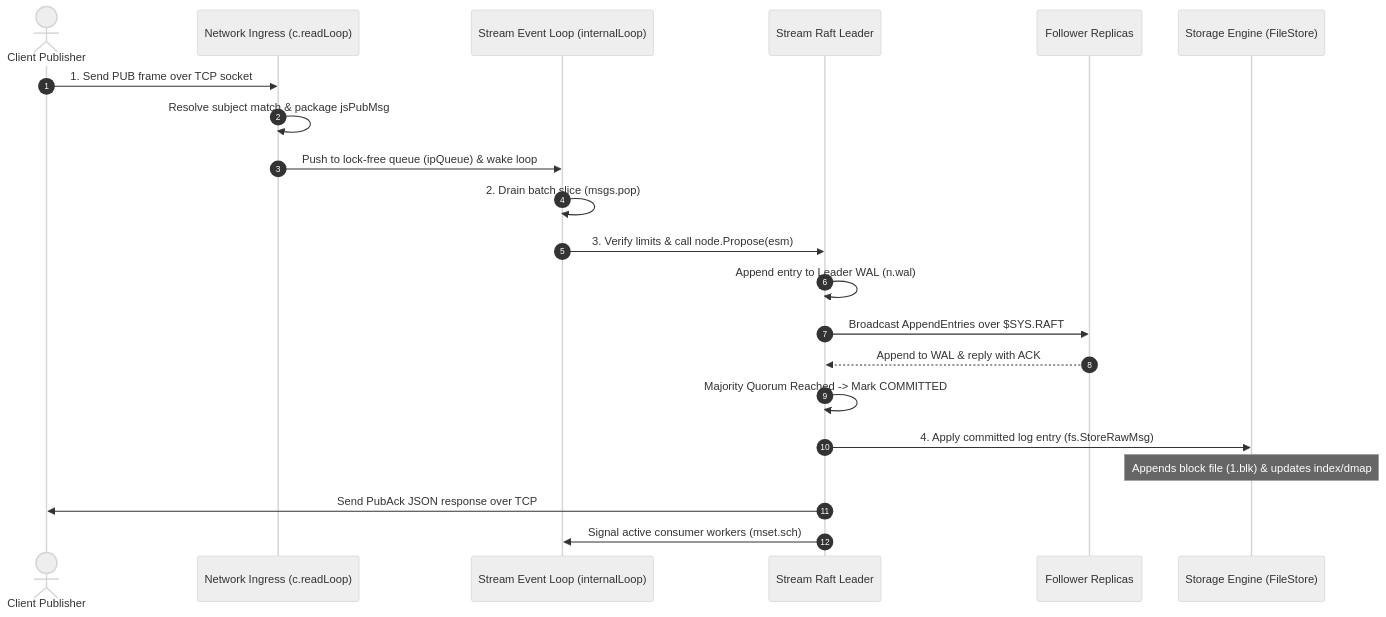
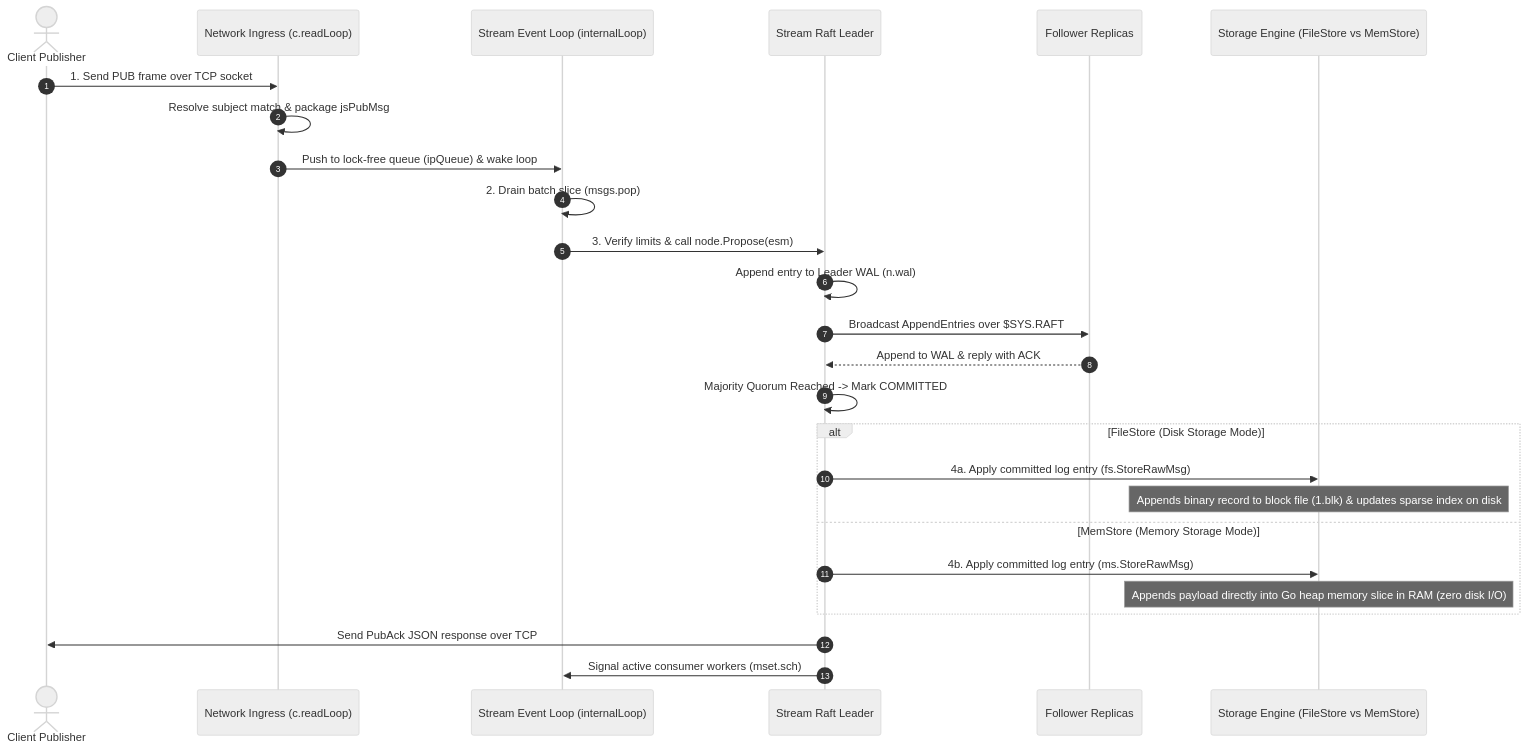
The diagram in supporting_documentation/streams/consistency/write.md (hemanthkumar2k19/nats-eval), drawn with Mermaid (neutral theme) before and after one commit. The commit also changed other lines of this file and 4 other files, not shown here.

Commit message:
docs: document FileStore and MemStore storage mode behaviors across cluster operations

````diff
--- a/supporting_documentation/streams/consistency/write.md
+++ b/supporting_documentation/streams/consistency/write.md
@@ -23,24 +23,31 @@
 ```mermaid
 sequenceDiagram
     autonumber
     actor Client as Client Publisher
     participant Ingress as Network Ingress (c.readLoop)
     participant StreamLoop as Stream Event Loop (internalLoop)
     participant Leader as Stream Raft Leader
     participant Followers as Follower Replicas
-    participant Storage as Storage Engine (FileStore)
+    participant Storage as Storage Engine (FileStore vs MemStore)
 
     Client->>Ingress: 1. Send PUB frame over TCP socket
     Ingress->>Ingress: Resolve subject match & package jsPubMsg
     Ingress->>StreamLoop: Push to lock-free queue (ipQueue) & wake loop
     StreamLoop->>StreamLoop: 2. Drain batch slice (msgs.pop)
     StreamLoop->>Leader: 3. Verify limits & call node.Propose(esm)
     Leader->>Leader: Append entry to Leader WAL (n.wal)
     Leader->>Followers: Broadcast AppendEntries over $SYS.RAFT
     Followers-->>Leader: Append to WAL & reply with ACK
     Leader->>Leader: Majority Quorum Reached -> Mark COMMITTED
-    Leader->>Storage: 4. Apply committed log entry (fs.StoreRawMsg)
-    Note over Storage: Appends block file (1.blk) & updates index/dmap
+    
+    alt FileStore (Disk Storage Mode)
+        Leader->>Storage: 4a. Apply committed log entry (fs.StoreRawMsg)
+        Note over Storage: Appends binary record to block file (1.blk) & updates sparse index on disk
+    else MemStore (Memory Storage Mode)
+        Leader->>Storage: 4b. Apply committed log entry (ms.StoreRawMsg)
+        Note over Storage: Appends payload directly into Go heap memory slice in RAM (zero disk I/O)
+    end
+
     Leader->>Client: Send PubAck JSON response over TCP
     Leader->>StreamLoop: Signal active consumer workers (mset.sch)
 ```
````
